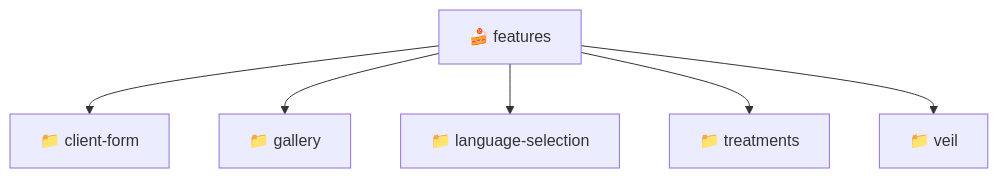
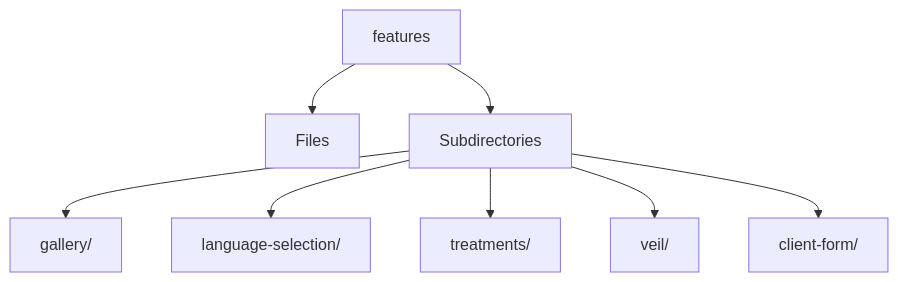
One commit to beginwebdev2002/fullstack-mavluda changed the diagram in frontend/src/features/README.md. Above: the diagram before and after it, drawn with Mermaid. The commit also changed other lines of this file and 167 other files, not shown here.

````diff
--- a/frontend/src/features/README.md
+++ b/frontend/src/features/README.md
@@ -11,9 +14,10 @@
 ```mermaid
 graph TD
-  features["🍰 features"]
-  features --> client_form["📁 client-form"]
-  features --> gallery["📁 gallery"]
-  features --> language_selection["📁 language-selection"]
-  features --> treatments["📁 treatments"]
-  features --> veil["📁 veil"]
+  features --> Files
+  features --> Subdirectories
+  Subdirectories --> gallery[gallery/]
+  Subdirectories --> language_selection[language-selection/]
+  Subdirectories --> treatments[treatments/]
+  Subdirectories --> veil[veil/]
+  Subdirectories --> client_form[client-form/]
 ```
````
